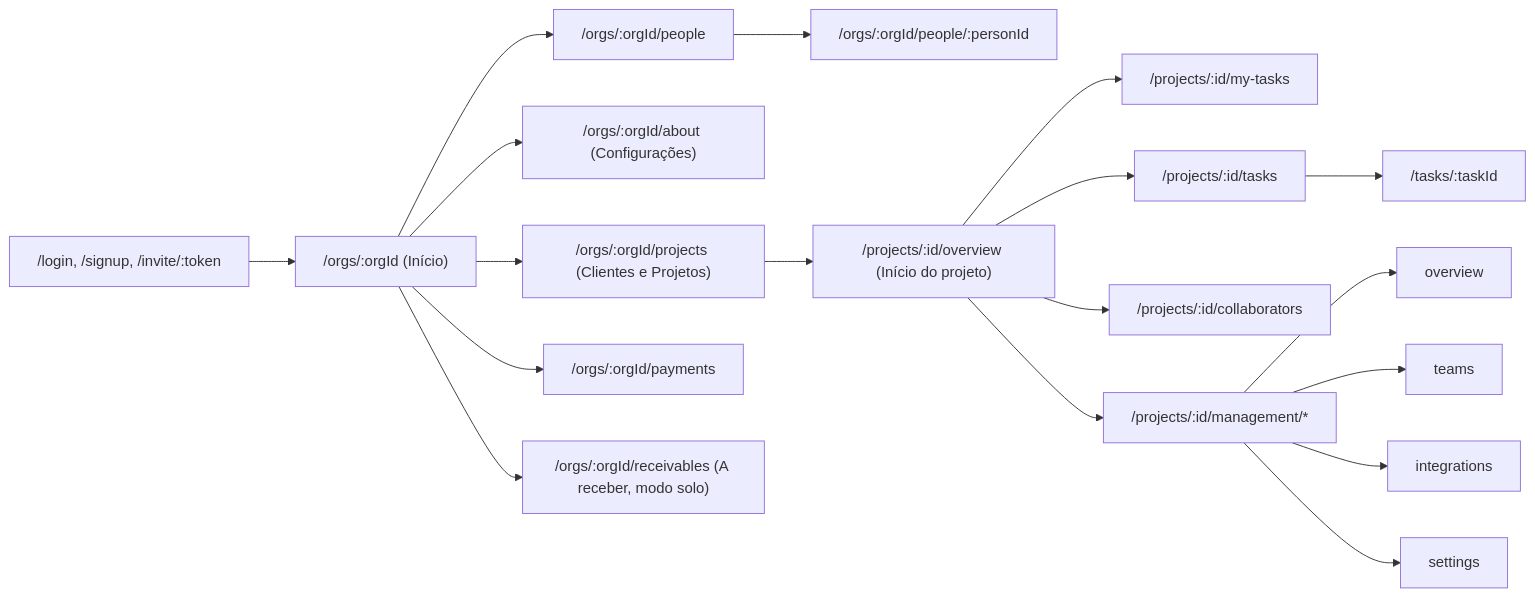
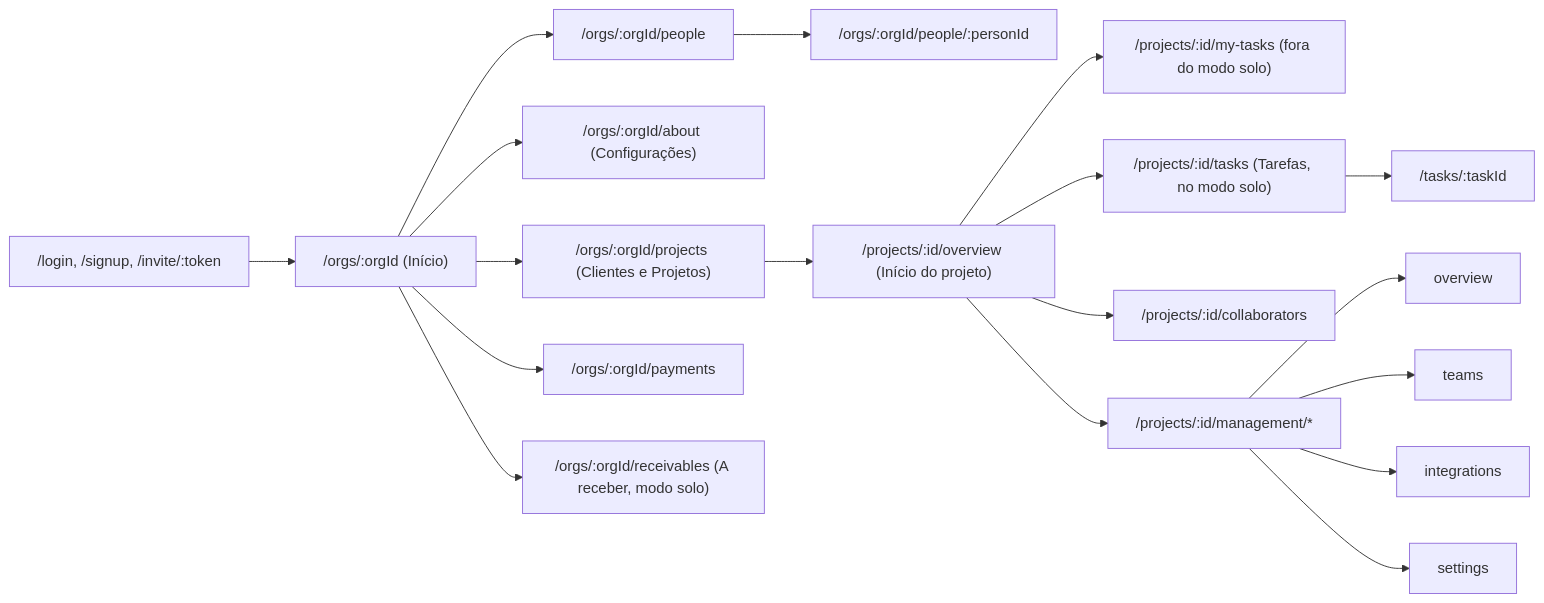
The diagram in _docs/frontend/routes.md (itallovidal/working-time-tracker), drawn with Mermaid before and after one commit. The commit also changed other lines of this file and 22 other files, not shown here.

First line of the commit message:
feat: in solo mode a project's Minhas tarefas and Lista de tarefas become one Tarefas tab, with the timer and one paged list per status (Sprint 123)

````diff
--- a/_docs/frontend/routes.md
+++ b/_docs/frontend/routes.md
@@ -9,20 +9,20 @@
 ```mermaid
 flowchart LR
     login["/login, /signup, /invite/:token"] --> home["/orgs/:orgId (Início)"]
     home --> projects["/orgs/:orgId/projects (Clientes e Projetos)"]
     home --> about["/orgs/:orgId/about (Configurações)"]
     home --> people["/orgs/:orgId/people"]
     home --> payments["/orgs/:orgId/payments"]
     home --> receivables["/orgs/:orgId/receivables (A receber, modo solo)"]
     people --> person["/orgs/:orgId/people/:personId"]
     projects --> pov["/projects/:id/overview (Início do projeto)"]
-    pov --> mine["/projects/:id/my-tasks"]
-    pov --> tasks["/projects/:id/tasks"]
+    pov --> mine["/projects/:id/my-tasks (fora do modo solo)"]
+    pov --> tasks["/projects/:id/tasks (Tarefas, no modo solo)"]
     pov --> collab["/projects/:id/collaborators"]
     tasks --> task["/tasks/:taskId"]
     pov --> mgmt["/projects/:id/management/*"]
     mgmt --> mov["overview"]
     mgmt --> mteams["teams"]
     mgmt --> minteg["integrations"]
     mgmt --> mset["settings"]
 ```
````
